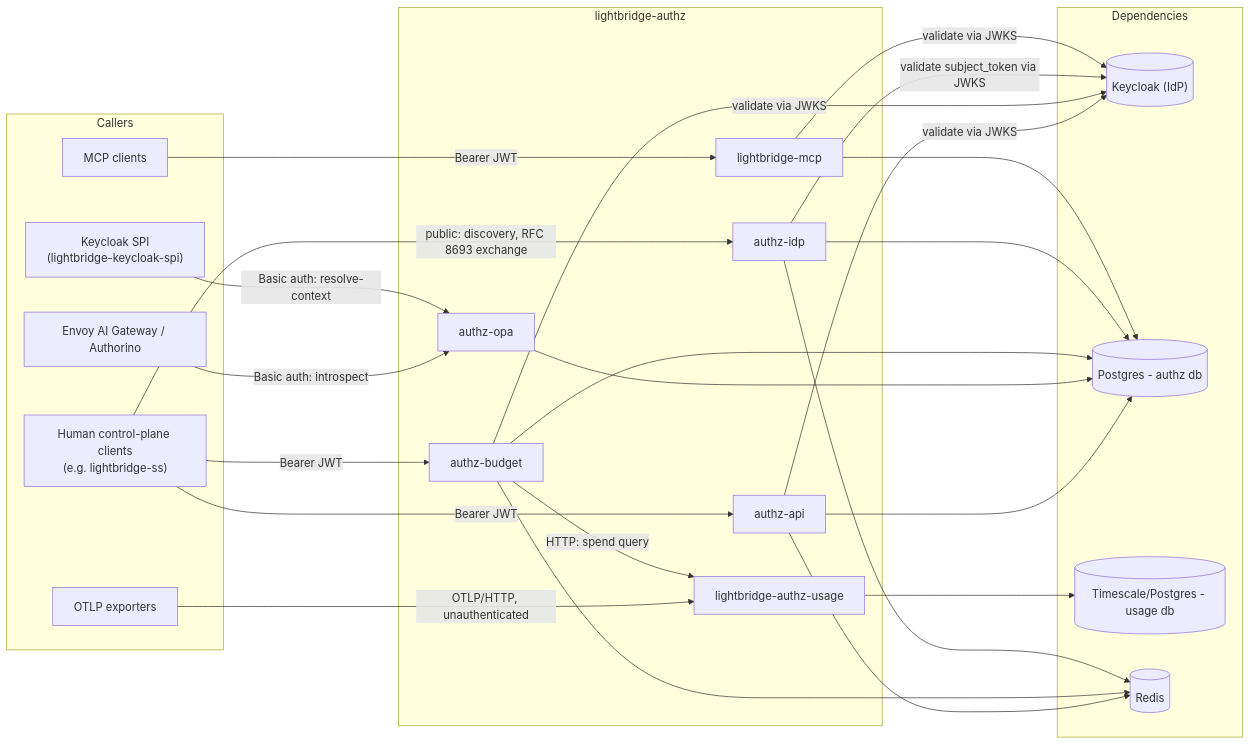
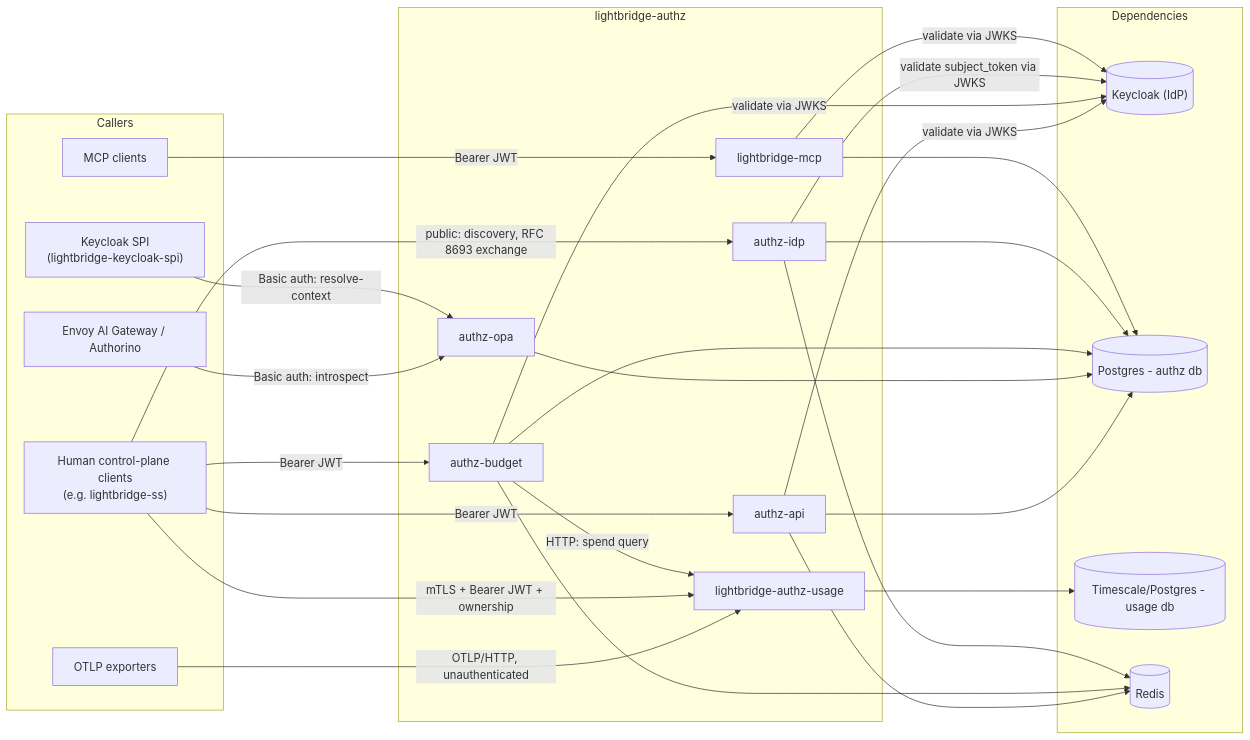
The first of 2 diagrams in docs/architecture/README.md (ADORSYS-GIS/lightbridge-authz), drawn with Mermaid before and after one commit. The commit also changed other lines of this file and 14 other files, not shown here.

````diff
--- a/docs/architecture/README.md
+++ b/docs/architecture/README.md
@@ -12,50 +12,51 @@
 ```mermaid
 flowchart LR
     subgraph callers["Callers"]
         Frontend["Human control-plane clients\n(e.g. lightbridge-ss)"]
         Gateway["Envoy AI Gateway / Authorino"]
         KcAdapter["Keycloak SPI\n(lightbridge-keycloak-spi)"]
         McpClient["MCP clients"]
         OtelExporters["OTLP exporters"]
     end
 
     subgraph system["lightbridge-authz"]
         API["authz-api"]
         OPA["authz-opa"]
         Budget["authz-budget"]
         Idp["authz-idp"]
         MCP["lightbridge-mcp"]
         Usage["lightbridge-authz-usage"]
     end
 
     subgraph deps["Dependencies"]
         Keycloak[("Keycloak (IdP)")]
         Postgres[("Postgres - authz db")]
         Timescale[("Timescale/Postgres - usage db")]
         Redis[("Redis")]
     end
 
     Frontend -->|"Bearer JWT"| API
     Frontend -->|"Bearer JWT"| Budget
     Frontend -->|"public: discovery, RFC 8693 exchange"| Idp
     Gateway -->|"Basic auth: introspect"| OPA
     KcAdapter -->|"Basic auth: resolve-context"| OPA
     McpClient -->|"Bearer JWT"| MCP
     OtelExporters -->|"OTLP/HTTP, unauthenticated"| Usage
+    Frontend -->|"mTLS + Bearer JWT + ownership"| Usage
 
     API -->|"validate via JWKS"| Keycloak
     Budget -->|"validate via JWKS"| Keycloak
     Idp -->|"validate subject_token via JWKS"| Keycloak
     MCP -->|"validate via JWKS"| Keycloak
 
     API --> Postgres
     OPA --> Postgres
     Budget --> Postgres
     Idp --> Postgres
     MCP --> Postgres
     API --> Redis
     Budget --> Redis
     Idp --> Redis
     Budget -->|"HTTP: spend query"| Usage
     Usage --> Timescale
 ```
````
